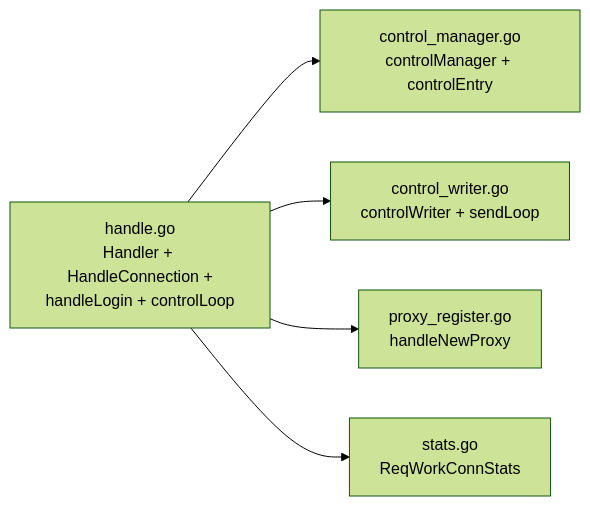
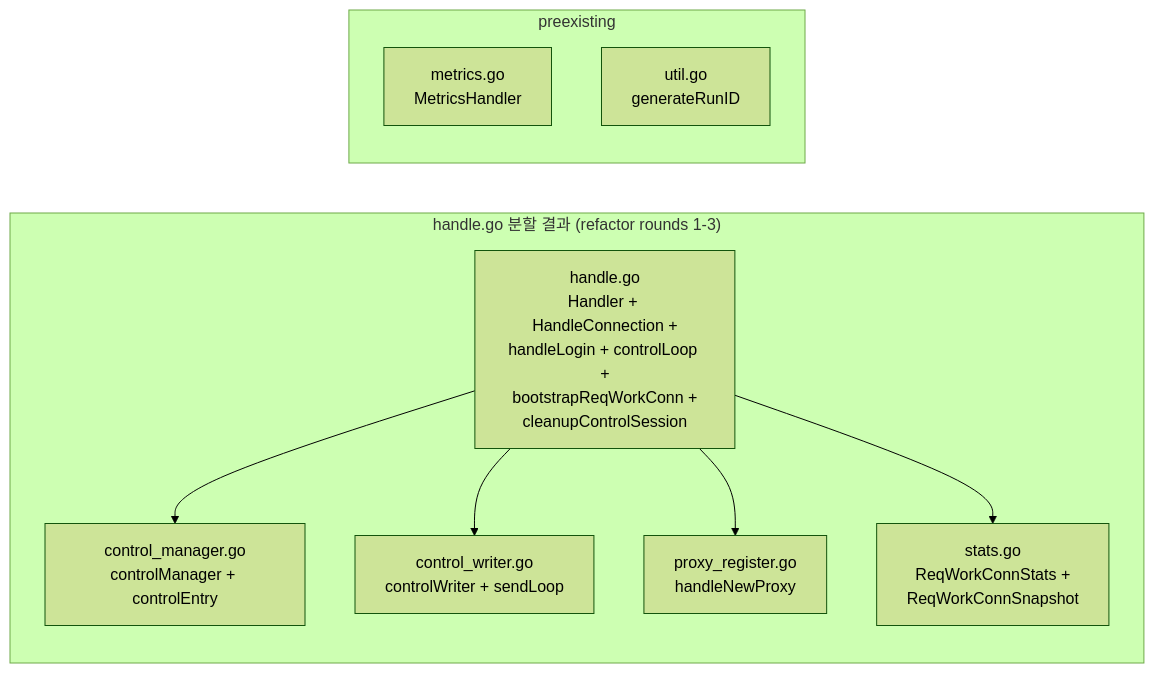
One commit to cagojeiger/drp changed the second of 15 diagrams in docs/architecture/components.md. Above: the diagram before and after it, drawn with Mermaid (forest theme). The commit also changed other lines of this file and 1 other file, not shown here.

Commit message:
docs: fix Codex-flagged inaccuracies in server file layout + cleanup
Addresses two factual errors surfaced by a Codex review pass on PR #26:

1. internal/server/ layout was described as "5 files total". In reality
   the refactor *split handle.go into* 5 files; metrics.go and util.go
   existed before and remain in the package. Both docs now spell this
   out explicitly.
     docs/architecture/components.md §2: new mermaid subgraph separates
       "handle.go split result" from "preexisting" boxes.
     docs/spec/connection.md: table extends to include metrics.go and
       util.go rows with a "(preexisting)" marker.

2. cleanupControlSession was described as "only calls cancel()". It
   also invokes controls.Remove, Router.Remove per registered proxy,
   and the OnControlClose callback. Both docs now list the full
   sequence (cancel → controls.Remove → Router.Remove → OnControlClose)
   while keeping the key fact that reqCh/sendCh are never closed.

Verification: docs-only change; mermaid fence balance preserved
(components.md 16 pairs, connection.md 8 pairs).

````diff
--- a/docs/architecture/components.md
+++ b/docs/architecture/components.md
@@ -42,13 +42,20 @@
 ```mermaid
 flowchart LR
-    handle[handle.go<br/>Handler + HandleConnection +<br/>handleLogin + controlLoop]
-    cmgr[control_manager.go<br/>controlManager + controlEntry]
-    cwriter[control_writer.go<br/>controlWriter + sendLoop]
-    preg[proxy_register.go<br/>handleNewProxy]
-    stats[stats.go<br/>ReqWorkConnStats]
+    subgraph split["handle.go 분할 결과 (refactor rounds 1-3)"]
+        handle[handle.go<br/>Handler + HandleConnection +<br/>handleLogin + controlLoop +<br/>bootstrapReqWorkConn +<br/>cleanupControlSession]
+        cmgr[control_manager.go<br/>controlManager + controlEntry]
+        cwriter[control_writer.go<br/>controlWriter + sendLoop]
+        preg[proxy_register.go<br/>handleNewProxy]
+        stats[stats.go<br/>ReqWorkConnStats +<br/>ReqWorkConnSnapshot]
+    end
+
+    subgraph preexisting["preexisting"]
+        metrics[metrics.go<br/>MetricsHandler]
+        util[util.go<br/>generateRunID]
+    end
 
     handle --> cmgr
     handle --> cwriter
     handle --> preg
     handle --> stats
 ```
````
